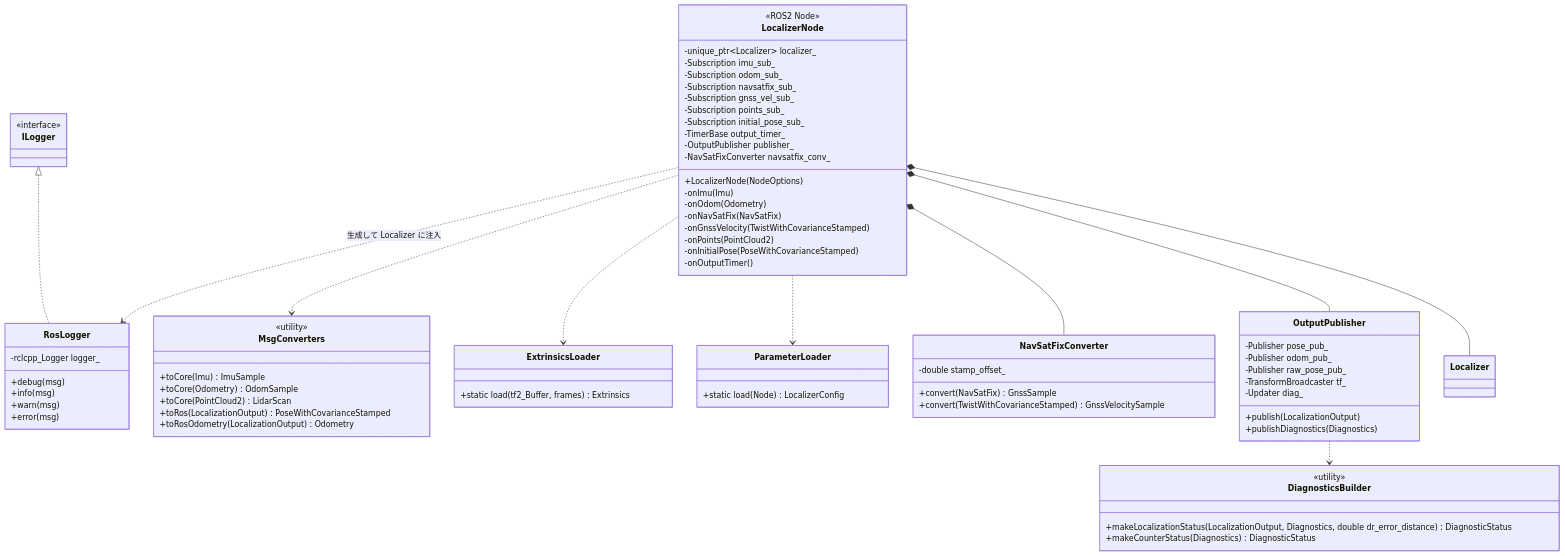
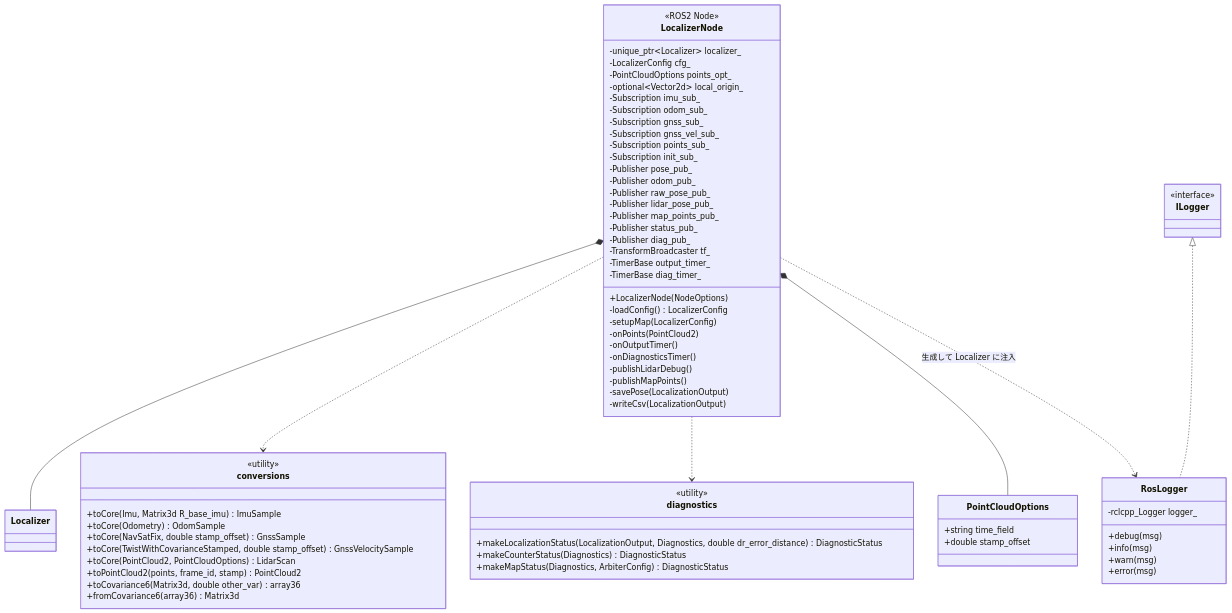
Before and after one commit to mamoru1126/gnss_and_lidar_localization: diagram 11 of 15 in docs/architecture.md, drawn with Mermaid. The commit also changed other lines of this file and 12 other files, not shown here.

First line of the commit message:
feat: 地図上での初期化にタイムアウトを追加し、Phase 2 に合わせて文書を更新

````diff
--- a/docs/architecture.md
+++ b/docs/architecture.md
@@ -794,79 +1006,76 @@
 ```mermaid
 classDiagram
 
   class LocalizerNode {
     <<ROS2 Node>>
     -unique_ptr~Localizer~ localizer_
+    -LocalizerConfig cfg_
+    -PointCloudOptions points_opt_
+    -optional~Vector2d~ local_origin_
     -Subscription imu_sub_
     -Subscription odom_sub_
-    -Subscription navsatfix_sub_
+    -Subscription gnss_sub_
     -Subscription gnss_vel_sub_
     -Subscription points_sub_
-    -Subscription initial_pose_sub_
+    -Subscription init_sub_
+    -Publisher pose_pub_
+    -Publisher odom_pub_
+    -Publisher raw_pose_pub_
+    -Publisher lidar_pose_pub_
+    -Publisher map_points_pub_
+    -Publisher status_pub_
+    -Publisher diag_pub_
+    -TransformBroadcaster tf_
     -TimerBase output_timer_
-    -OutputPublisher publisher_
-    -NavSatFixConverter navsatfix_conv_
+    -TimerBase diag_timer_
     +LocalizerNode(NodeOptions)
-    -onImu(Imu)
-    -onOdom(Odometry)
-    -onNavSatFix(NavSatFix)
-    -onGnssVelocity(TwistWithCovarianceStamped)
+    -loadConfig() LocalizerConfig
+    -setupMap(LocalizerConfig)
     -onPoints(PointCloud2)
-    -onInitialPose(PoseWithCovarianceStamped)
     -onOutputTimer()
-  }
-  class ParameterLoader {
-    +static load(Node) LocalizerConfig
-  }
-  class ExtrinsicsLoader {
-    +static load(tf2_Buffer, frames) Extrinsics
+    -onDiagnosticsTimer()
+    -publishLidarDebug()
+    -publishMapPoints()
+    -savePose(LocalizationOutput)
+    -writeCsv(LocalizationOutput)
   }
   class RosLogger {
     -rclcpp_Logger logger_
     +debug(msg)
     +info(msg)
     +warn(msg)
     +error(msg)
   }
-  class NavSatFixConverter {
-    -double stamp_offset_
-    +convert(NavSatFix) GnssSample
-    +convert(TwistWithCovarianceStamped) GnssVelocitySample
+  class conversions {
+    <<utility>>
+    +toCore(Imu, Matrix3d R_base_imu) ImuSample
+    +toCore(Odometry) OdomSample
+    +toCore(NavSatFix, double stamp_offset) GnssSample
+    +toCore(TwistWithCovarianceStamped, double stamp_offset) GnssVelocitySample
+    +toCore(PointCloud2, PointCloudOptions) LidarScan
+    +toPointCloud2(points, frame_id, stamp) PointCloud2
+    +toCovariance6(Matrix3d, double other_var) array36
+    +fromCovariance6(array36) Matrix3d
   }
-  class MsgConverters {
-    <<utility>>
-    +toCore(Imu) ImuSample
-    +toCore(Odometry) OdomSample
-    +toCore(PointCloud2) LidarScan
-    +toRos(LocalizationOutput) PoseWithCovarianceStamped
-    +toRosOdometry(LocalizationOutput) Odometry
+  class PointCloudOptions {
+    +string time_field
+    +double stamp_offset
   }
-  class OutputPublisher {
-    -Publisher pose_pub_
-    -Publisher odom_pub_
-    -Publisher raw_pose_pub_
-    -TransformBroadcaster tf_
-    -Updater diag_
-    +publish(LocalizationOutput)
-    +publishDiagnostics(Diagnostics)
-  }
-  class DiagnosticsBuilder {
+  class diagnostics {
     <<utility>>
     +makeLocalizationStatus(LocalizationOutput, Diagnostics, double dr_error_distance) DiagnosticStatus
     +makeCounterStatus(Diagnostics) DiagnosticStatus
+    +makeMapStatus(Diagnostics, ArbiterConfig) DiagnosticStatus
   }
   class ILogger {
     <<interface>>
   }
   class Localizer
 
   LocalizerNode *-- Localizer
-  LocalizerNode *-- OutputPublisher
-  LocalizerNode *-- NavSatFixConverter
-  LocalizerNode ..> ParameterLoader
-  LocalizerNode ..> ExtrinsicsLoader
-  LocalizerNode ..> MsgConverters
-  OutputPublisher ..> DiagnosticsBuilder
+  LocalizerNode ..> conversions
+  LocalizerNode ..> diagnostics
+  LocalizerNode *-- PointCloudOptions
   ILogger <|.. RosLogger
   LocalizerNode ..> RosLogger : 生成して Localizer に注入
 ```
````
